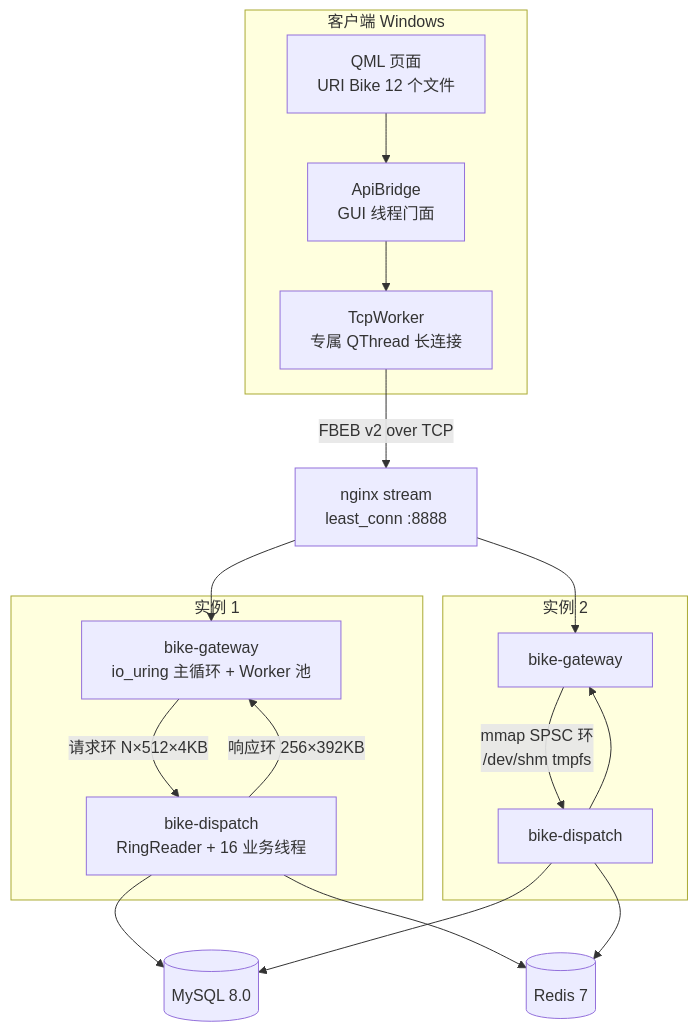
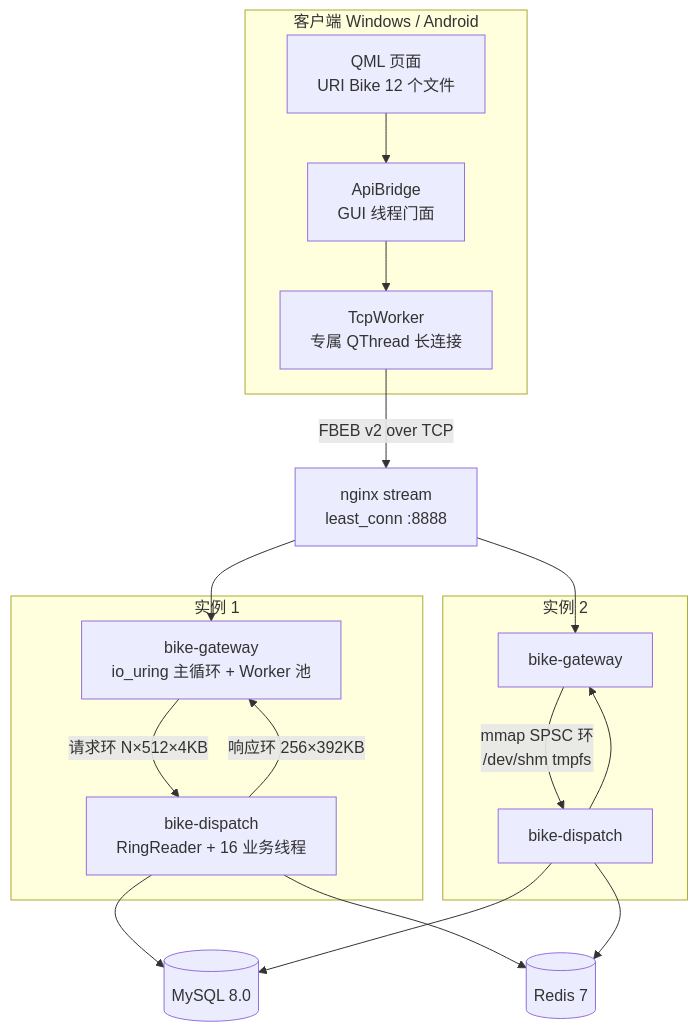
Before and after one commit to WangYa002/shared_bike_refactor: the diagram in README.md, drawn with Mermaid. The commit also changed other lines of this file, not shown here.

````diff
--- a/README.md
+++ b/README.md
@@ -29,36 +30,36 @@
 ```mermaid
 graph TB
-    subgraph 客户端 Windows
+    subgraph 客户端 Windows / Android
         QML[QML 页面<br/>URI Bike 12 个文件]
         API[ApiBridge<br/>GUI 线程门面]
         TCP[TcpWorker<br/>专属 QThread 长连接]
         QML --> API --> TCP
     end
 
     NG[nginx stream<br/>least_conn :8888]
 
     subgraph 实例 1
         GW1[bike-gateway<br/>io_uring 主循环 + Worker 池]
         DP1[bike-dispatch<br/>RingReader + 16 业务线程]
         GW1 -- "请求环 N×512×4KB" --> DP1
         DP1 -- "响应环 256×392KB" --> GW1
     end
 
     subgraph 实例 2
         GW2[bike-gateway]
         DP2[bike-dispatch]
         GW2 -- "mmap SPSC 环<br/>/dev/shm tmpfs" --> DP2
         DP2 --> GW2
     end
 
     MY[(MySQL 8.0)]
     RD[(Redis 7)]
 
     TCP -- "FBEB v2 over TCP" --> NG
     NG --> GW1
     NG --> GW2
     DP1 --> MY
     DP1 --> RD
     DP2 --> MY
     DP2 --> RD
 ```
````
